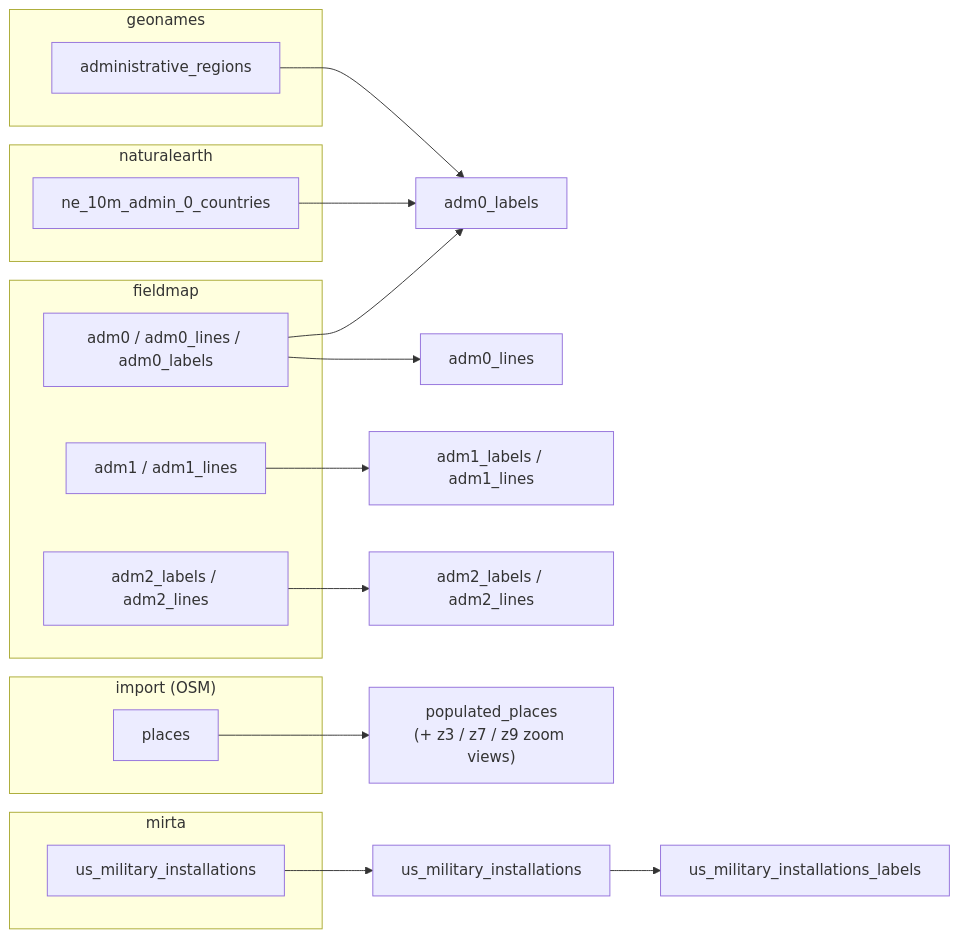
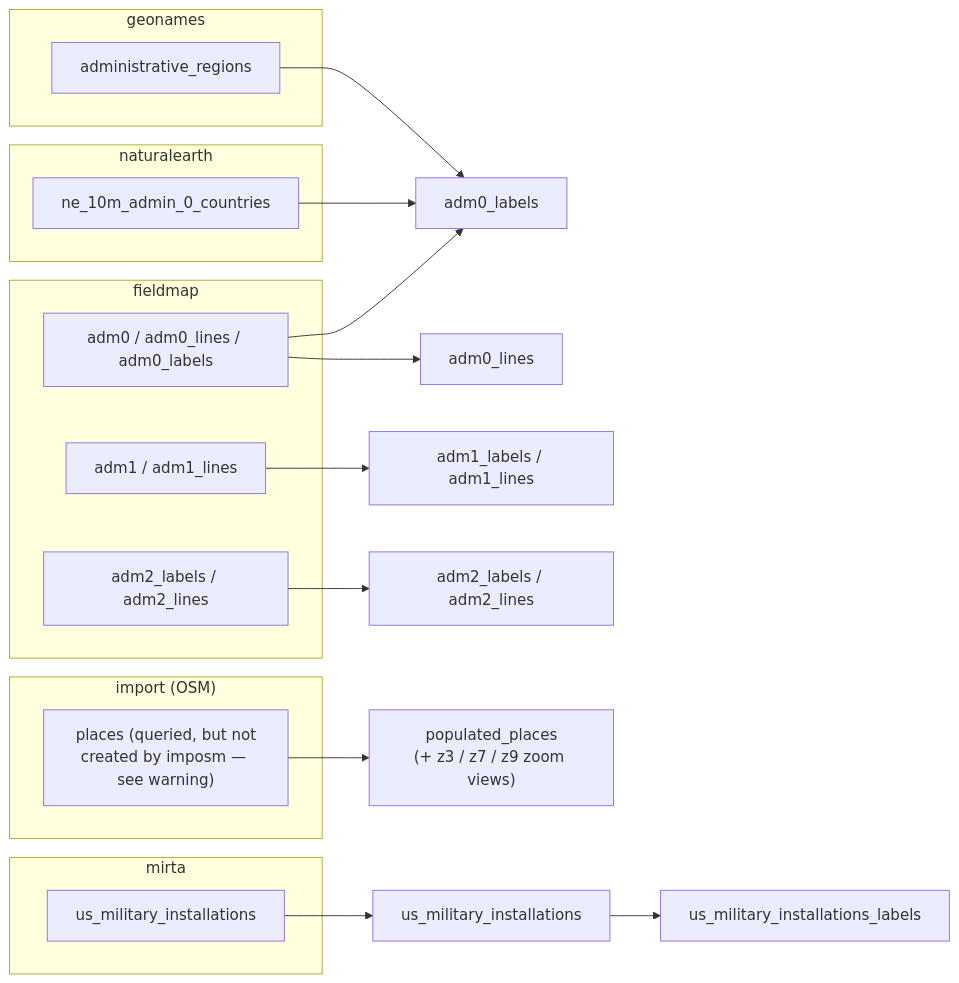
The fourth of 8 diagrams in docs/database-schema.md (bradh/rbt-data-generator), drawn with Mermaid before and after one commit. The commit also changed other lines of this file and 25 other files, not shown here.

````diff
--- a/docs/database-schema.md
+++ b/docs/database-schema.md
@@ -191,28 +203,28 @@
 ```mermaid
 flowchart LR
     subgraph fm[fieldmap]
         fm_adm0["adm0 / adm0_lines / adm0_labels"]
         fm_adm1["adm1 / adm1_lines"]
         fm_adm2["adm2_labels / adm2_lines"]
     end
     subgraph gns[geonames]
         gns_admin[administrative_regions]
     end
     subgraph ne[naturalearth]
         ne_adm0[ne_10m_admin_0_countries]
     end
     subgraph imp["import (OSM)"]
-        imp_places[places]
+        imp_places["places (queried, but not<br/>created by imposm — see warning)"]
     end
     subgraph mil[mirta]
         mirta_mil[us_military_installations]
     end
     fm_adm0 --> v_a0l[adm0_labels]
     gns_admin --> v_a0l
     ne_adm0 --> v_a0l
     fm_adm0 --> v_a0ln[adm0_lines]
     fm_adm1 --> v_a1["adm1_labels / adm1_lines"]
     fm_adm2 --> v_a2["adm2_labels / adm2_lines"]
     imp_places --> v_pop["populated_places<br>(+ z3 / z7 / z9 zoom views)"]
     mirta_mil --> v_mil[us_military_installations] --> v_mill[us_military_installations_labels]
 ```
````
